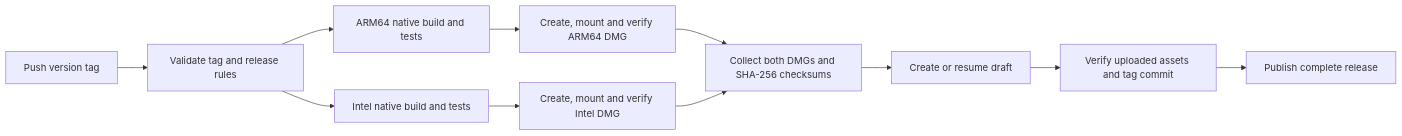
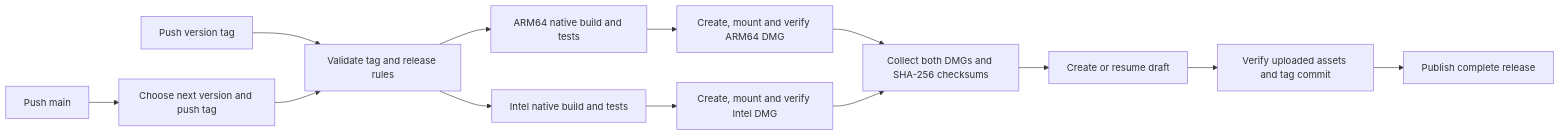
One commit to section9-lab/chat-bridge changed the diagram in docs/releasing.md. Above: the diagram before and after it, drawn with Mermaid. The commit also changed other lines of this file and 1 other file, not shown here.

Commit message:
ci: release automatically on main and document in-app updates

````diff
--- a/docs/releasing.md
+++ b/docs/releasing.md
@@ -7,13 +7,15 @@
 ```mermaid
 flowchart LR
+    M[Push main] --> N[Choose next version and push tag]
     T[Push version tag] --> V[Validate tag and release rules]
+    N --> V
     V --> A[ARM64 native build and tests]
     V --> I[Intel native build and tests]
     A --> DA[Create, mount and verify ARM64 DMG]
     I --> DI[Create, mount and verify Intel DMG]
     DA --> P[Collect both DMGs and SHA-256 checksums]
     DI --> P
     P --> D[Create or resume draft]
     D --> C[Verify uploaded assets and tag commit]
     C --> R[Publish complete release]
 ```
````
